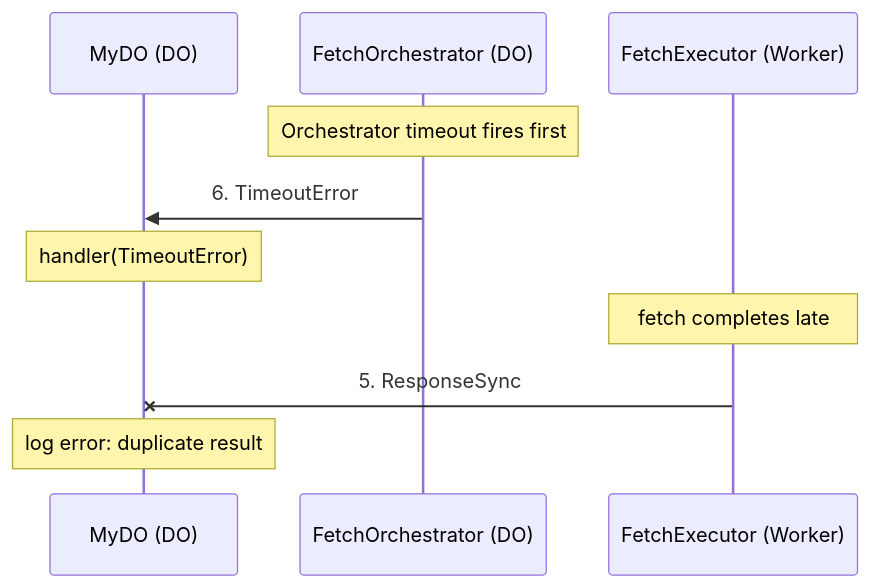
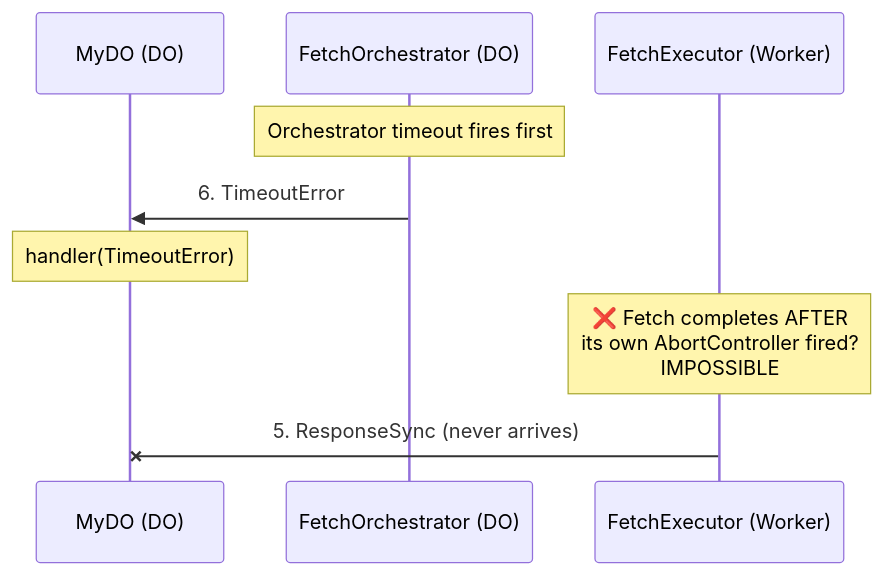
One commit to lumenize/lumenize changed the seventh of 7 diagrams in website/docs/proxy-fetch/architecture-and-failure-modes.mdx. Above: the diagram before and after it, drawn with Mermaid. The commit also changed other lines of this file and 29 other files, not shown here.

````diff
--- a/website/docs/proxy-fetch/architecture-and-failure-modes.mdx
+++ b/website/docs/proxy-fetch/architecture-and-failure-modes.mdx
@@ -416,15 +463,13 @@
 ```mermaid @skip-check
 sequenceDiagram
     participant MyDO as MyDO (DO)
     participant Orch as FetchOrchestrator (DO)
     participant Exec as FetchExecutor (Worker)
 
     Note over Orch: Orchestrator timeout fires first
     Orch->>MyDO: 6. TimeoutError
     Note over MyDO: handler(TimeoutError)
     
-    Note over Exec: fetch completes late
-    Exec-xMyDO: 5. ResponseSync
-    
-    Note over MyDO: log error: duplicate result
+    Note over Exec: ❌ Fetch completes AFTER<br/>its own AbortController fired?<br/>IMPOSSIBLE
+    Exec-xMyDO: 5. ResponseSync (never arrives)
 ```
````
